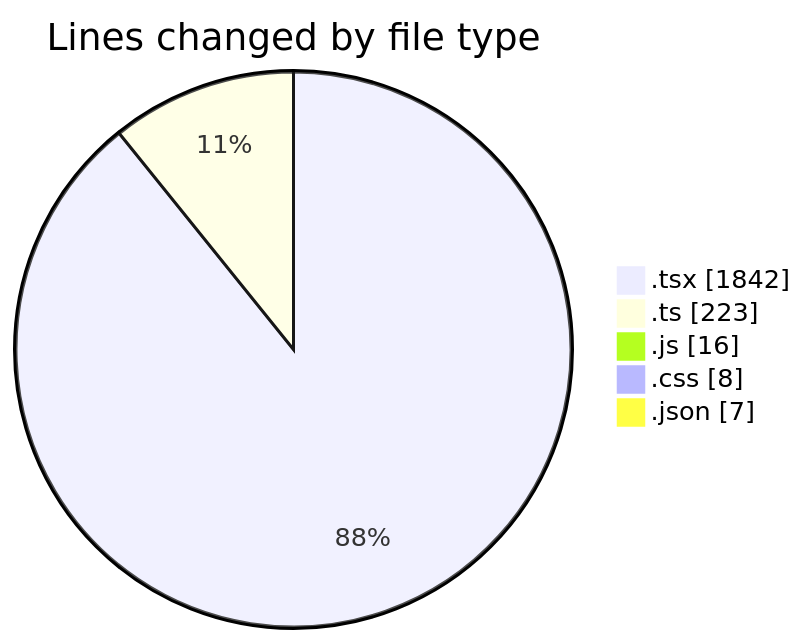
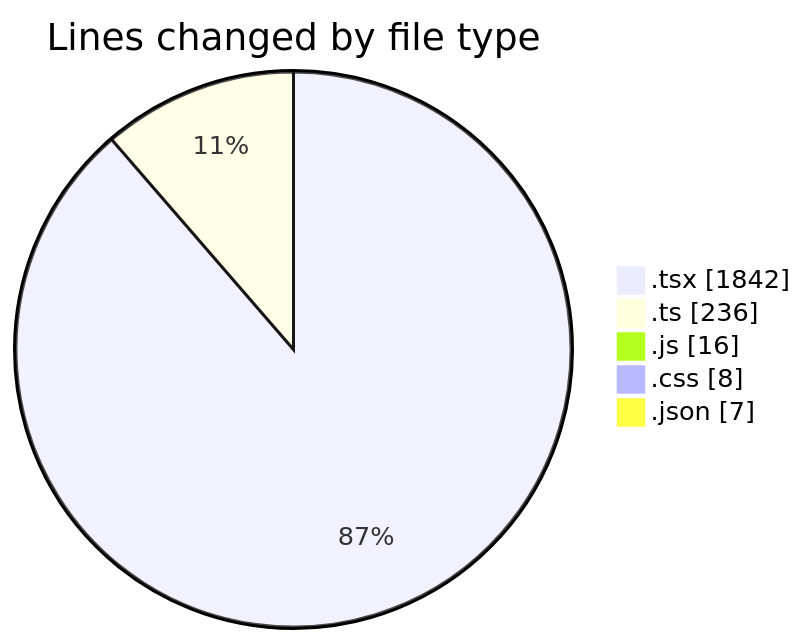
Before and after one commit to robertbonfada/code-tracking: the first of 2 diagrams in 2025-01-17/mbc-web/README.md, drawn with Mermaid. The commit also changed other lines of this file and 1 other file, not shown here.

````diff
--- a/2025-01-17/mbc-web/README.md
+++ b/2025-01-17/mbc-web/README.md
@@ -34,9 +34,9 @@
 ```mermaid
 pie showData
 title Lines changed by file type
 ".tsx" : 1842
-".ts" : 223
+".ts" : 236
 ".js" : 16
 ".css" : 8
 ".json" : 7
 ```
````
